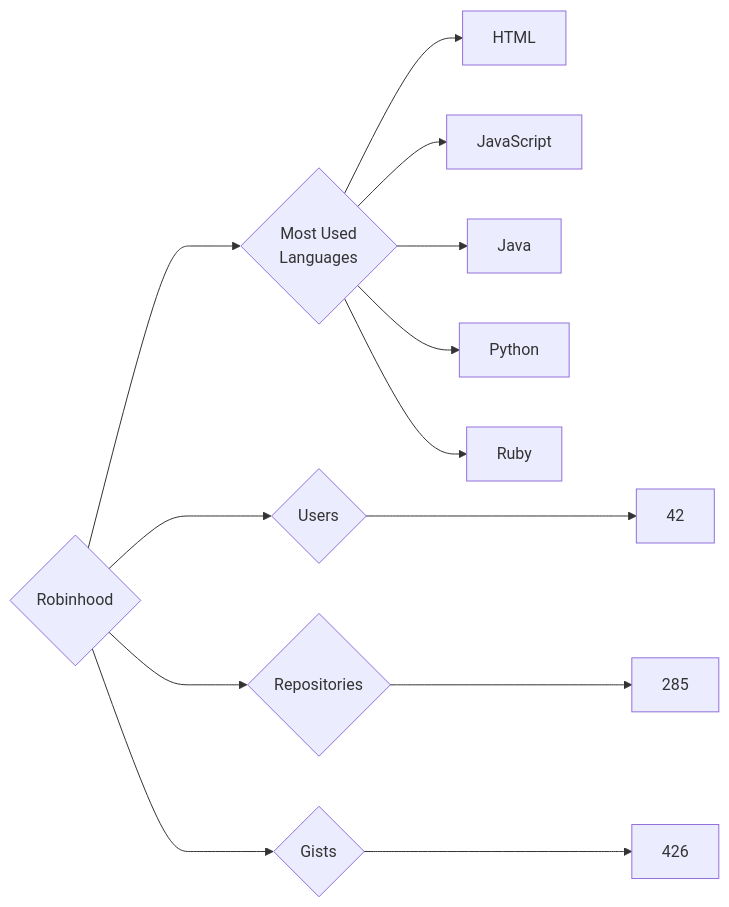
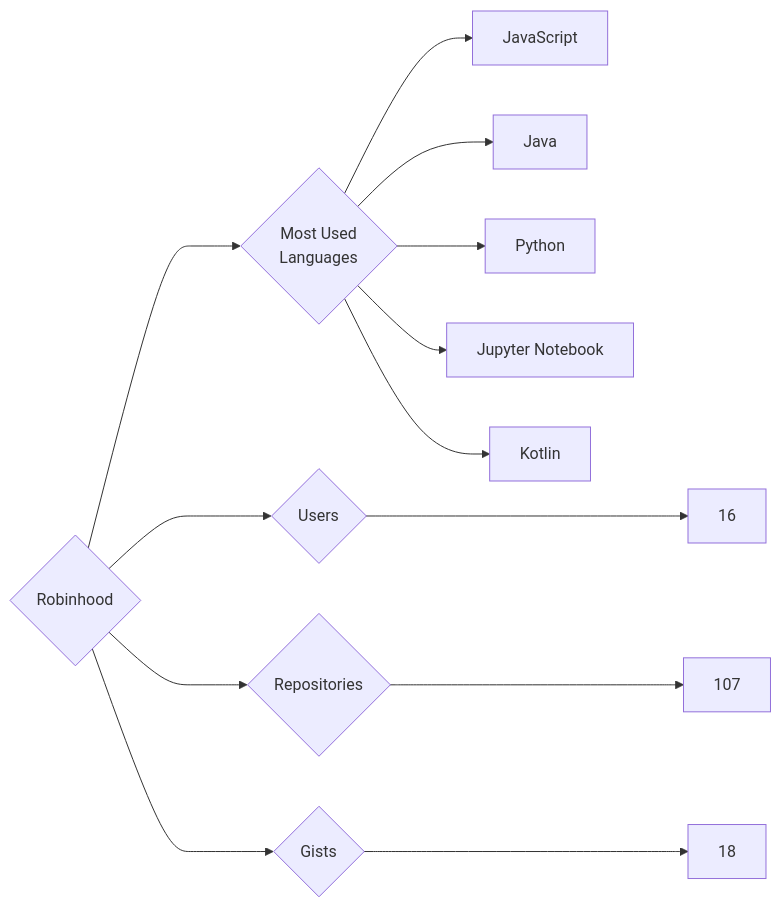
Before and after one commit to trickest/insiders: the diagram in targets/Robinhood/README.md, drawn with Mermaid. The commit also changed 787 other files, not shown here.

````diff
--- a/targets/Robinhood/README.md
+++ b/targets/Robinhood/README.md
@@ -3,13 +3,13 @@
 ```mermaid
 graph LR
 COMPANY_NAME{Robinhood}
-COMPANY_NAME ---> U{Users} ---> UN[42]
-COMPANY_NAME ---> R{Repositories} ---> RN[285]
-COMPANY_NAME ---> G{Gists} ---> GN[426]
+COMPANY_NAME ---> U{Users} ---> UN[16]
+COMPANY_NAME ---> R{Repositories} ---> RN[107]
+COMPANY_NAME ---> G{Gists} ---> GN[18]
 COMPANY_NAME ---> ML{Most Used<br>Languages}
-ML --> HTML[HTML]
 ML --> JavaScript[JavaScript]
 ML --> Java[Java]
 ML --> Python[Python]
-ML --> Ruby[Ruby]
+ML --> Jupyter_Notebook[Jupyter Notebook]
+ML --> Kotlin[Kotlin]
 ```
````
